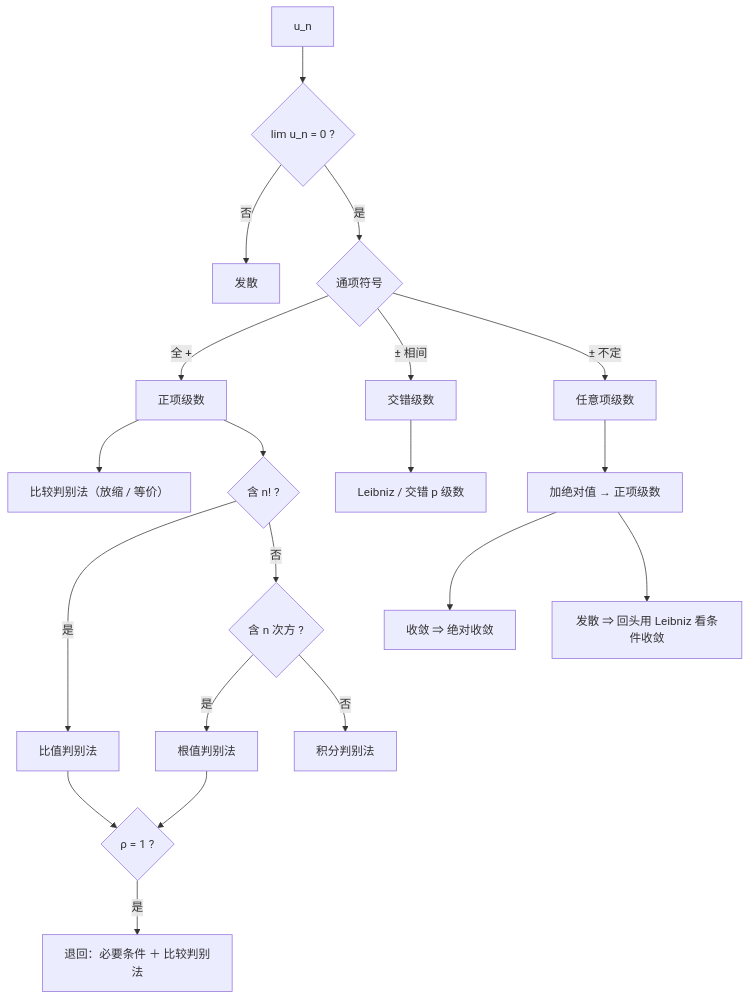
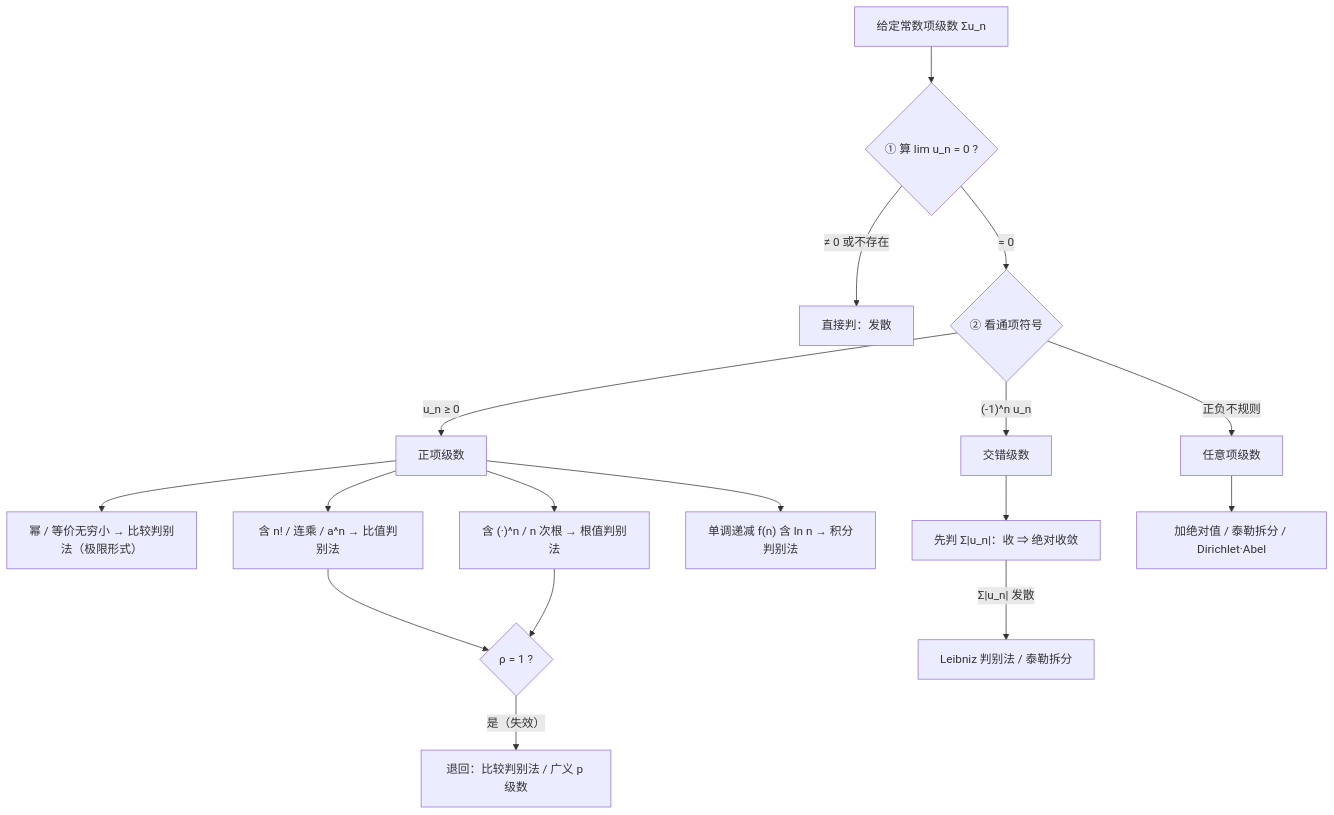
The second of 2 diagrams in 04_数学大观/高数大观/级数/无穷级数大观.md (priceHE2002/Obsidian), drawn with Mermaid before and after one commit. The commit also changed other lines of this file and 7 other files, not shown here.

````diff
--- a/04_数学大观/高数大观/级数/无穷级数大观.md
+++ b/04_数学大观/高数大观/级数/无穷级数大观.md
@@ -463,22 +271,18 @@
 ```mermaid
 flowchart TD
-    S["u_n"] --> L{"lim u_n = 0 ?"}
-    L -->|"否"| D1["发散"]
-    L -->|"是"| SG{"通项符号"}
-    SG -->|"全 + "| POS["正项级数"]
-    SG -->|"± 相间"| ALT["交错级数"]
-    SG -->|"± 不定"| ARB["任意项级数"]
-    POS --> P1["比较判别法（放缩 / 等价）"]
-    POS --> P2{"含 n! ?"}
-    P2 -->|"是"| P3["比值判别法"]
-    P2 -->|"否"| P4{"含 n 次方 ?"}
-    P4 -->|"是"| P5["根值判别法"]
-    P4 -->|"否"| P6["积分判别法"]
-    P3 --> R1{"ρ = 1 ?"}
-    P5 --> R1
-    R1 -->|"是"| P7["退回：必要条件 ＋ 比较判别法"]
-    ALT --> A1["Leibniz / 交错 p 级数"]
-    ARB --> B1["加绝对值 → 正项级数"]
-    B1 --> B2["收敛 ⇒ 绝对收敛"]
-    B1 --> B3["发散 ⇒ 回头用 Leibniz 看条件收敛"]
+    S["给定常数项级数 Σu_n"] --> L{"① 算 lim u_n = 0 ?"}
+    L -->|"≠ 0 或不存在"| D["直接判：发散"]
+    L -->|"= 0"| SG{"② 看通项符号"}
+    SG -->|"u_n ≥ 0"| POS["正项级数"]
+    SG -->|"(-1)^n u_n"| ALT["交错级数"]
+    SG -->|"正负不规则"| ARB["任意项级数"]
+    POS --> P1["幂 / 等价无穷小 → 比较判别法（极限形式）"]
+    POS --> P2["含 n! / 连乘 / a^n → 比值判别法"]
+    POS --> P3["含 (·)^n / n 次根 → 根值判别法"]
+    POS --> P4["单调递减 f(n) 含 ln n → 积分判别法"]
+    P2 & P3 --> R1{"ρ = 1 ?"}
+    R1 -->|"是（失效）"| P5["退回：比较判别法 / 广义 p 级数"]
+    ALT --> A1["先判 Σ|u_n|：收 ⇒ 绝对收敛"]
+    A1 -->|"Σ|u_n| 发散"| A2["Leibniz 判别法 / 泰勒拆分"]
+    ARB --> B1["加绝对值 / 泰勒拆分 / Dirichlet·Abel"]
 ```
````
